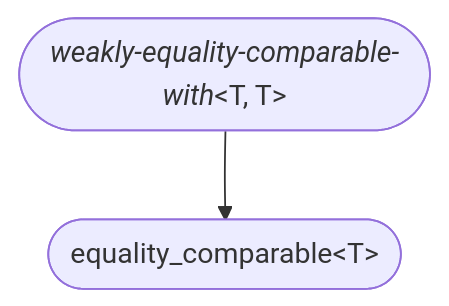
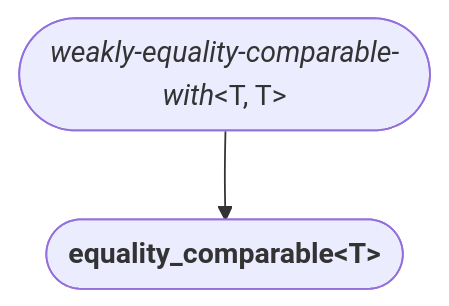
One commit to yohhoy/cpp-concepts changed diagram 14 of 18 in README.md. Above: the diagram before and after it, drawn with Mermaid. The commit also changed other lines of this file, not shown here.

````diff
--- a/README.md
+++ b/README.md
@@ -158,5 +158,5 @@
 ```mermaid
 graph TD
     %% std::equality_comparable<T>
-    wecw(["<i>weakly-equality-comparable-with</i>&lt;T, T&gt;"]) --> equality_comparable(["equality_comparable&lt;T&gt;"]);
+    wecw(["<i>weakly-equality-comparable-with</i>&lt;T, T&gt;"]) --> equality_comparable(["<b>equality_comparable&lt;T&gt;</b>"]);
 ```
````
